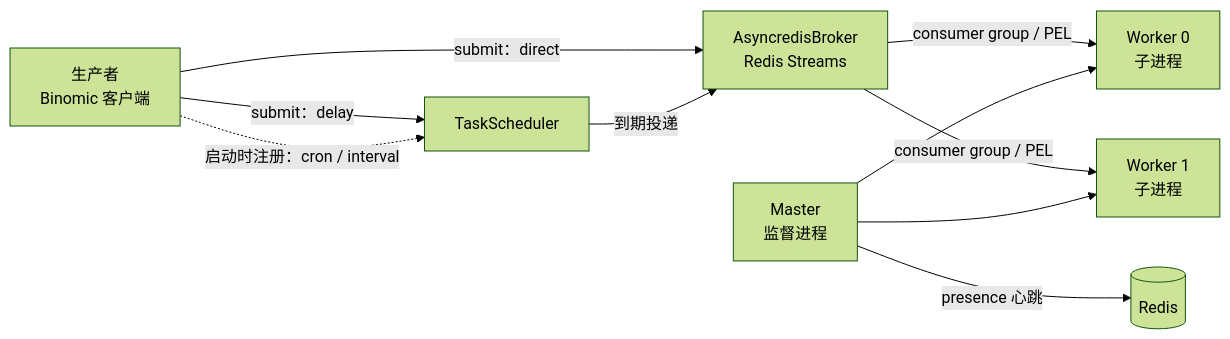
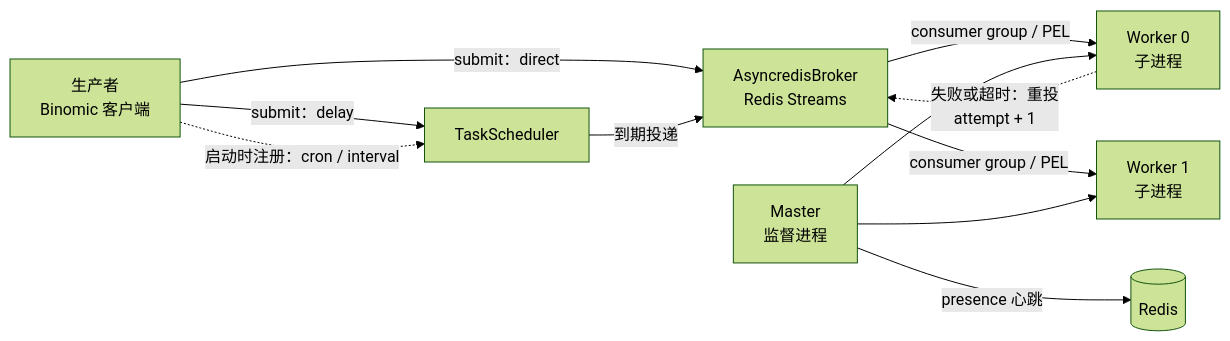
The diagram in README.md (Ahsen17/binomic), drawn with Mermaid (forest theme) before and after one commit. The commit also changed other lines of this file and 11 other files, not shown here.

````diff
--- a/README.md
+++ b/README.md
@@ -132,12 +135,13 @@
 ```mermaid
 flowchart LR
     P[生产者<br>Binomic 客户端] -->|submit：direct| B[AsyncredisBroker<br>Redis Streams]
     P -->|submit：delay| S[TaskScheduler]
     P -.->|启动时注册：cron / interval| S
     S -->|到期投递| B
     B -->|consumer group / PEL| W1[Worker 0<br>子进程]
     B -->|consumer group / PEL| W2[Worker 1<br>子进程]
+    W1 -.->|失败或超时：重投<br>attempt + 1| B
     M[Master<br>监督进程] --> W1
     M --> W2
     M -->|presence 心跳| R[(Redis)]
 ```
````
